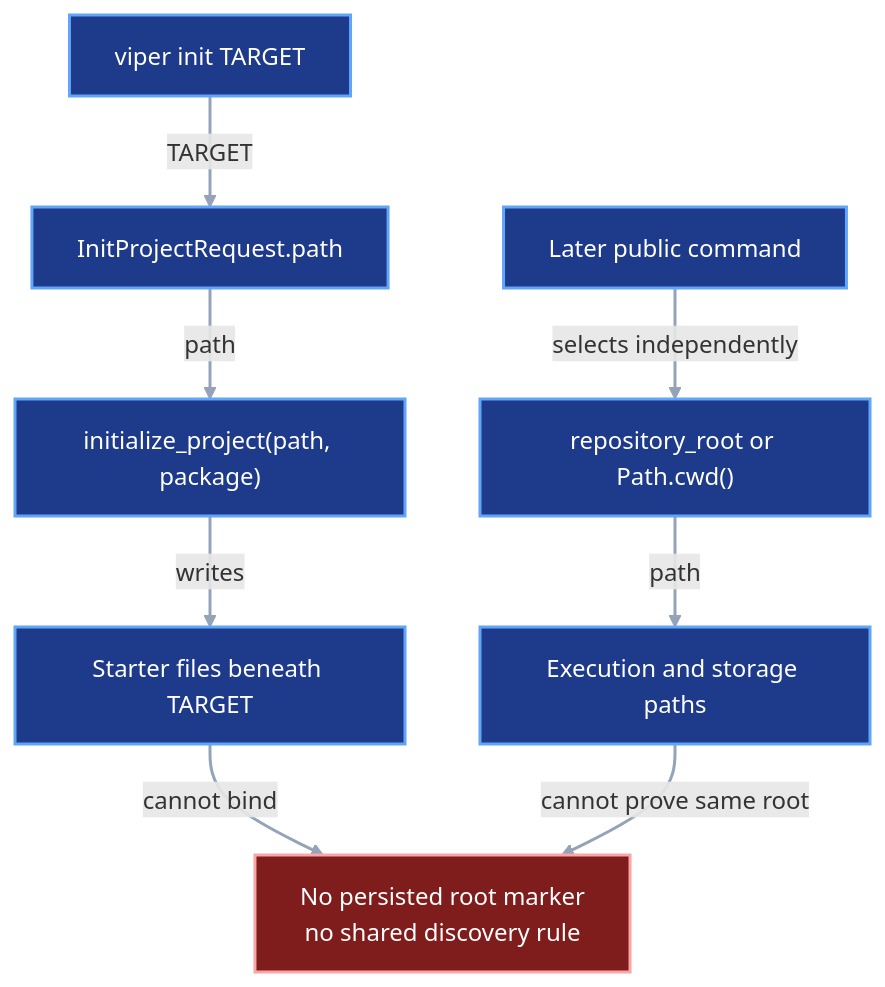
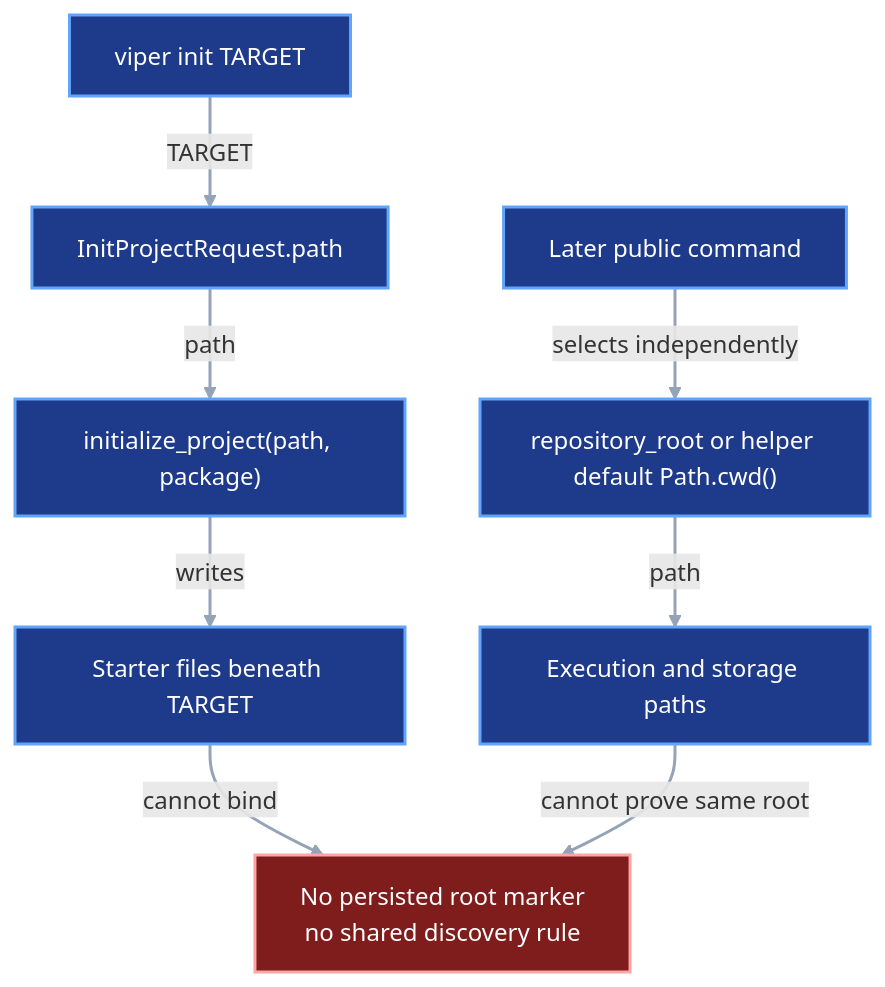
Before and after one commit to pvd232/viper: the first of 3 diagrams in docs/development/project-data-root.md, drawn with Mermaid. The commit also changed other lines of this file and 6 other files, not shown here.

````diff
--- a/docs/development/project-data-root.md
+++ b/docs/development/project-data-root.md
@@ -82,26 +83,26 @@
 ```mermaid
 flowchart TD
     Init["viper init TARGET"]
     Request["InitProjectRequest.path"]
     Scaffold["initialize_project(path, package)"]
     Files["Starter files beneath TARGET"]
     Command["Later public command"]
-    Choice["repository_root or Path.cwd()"]
+    Choice["repository_root or helper default Path.cwd()"]
     Runtime["Execution and storage paths"]
     Gap["No persisted root marker<br/>no shared discovery rule"]
 
     Init -->|"TARGET"| Request
     Request -->|"path"| Scaffold
     Scaffold -->|"writes"| Files
     Command -->|"selects independently"| Choice
     Choice -->|"path"| Runtime
     Files -->|"cannot bind"| Gap
     Runtime -->|"cannot prove same root"| Gap
 
     class Init,Request,Scaffold,Files current
     class Command,Choice,Runtime current
     class Gap gap
     classDef current fill:#1e3a8a,stroke:#60a5fa,color:#ffffff,stroke-width:2px
     classDef gap fill:#7f1d1d,stroke:#fca5a5,color:#ffffff,stroke-width:2px
     linkStyle default stroke:#94a3b8,stroke-width:2px
 ```
````
